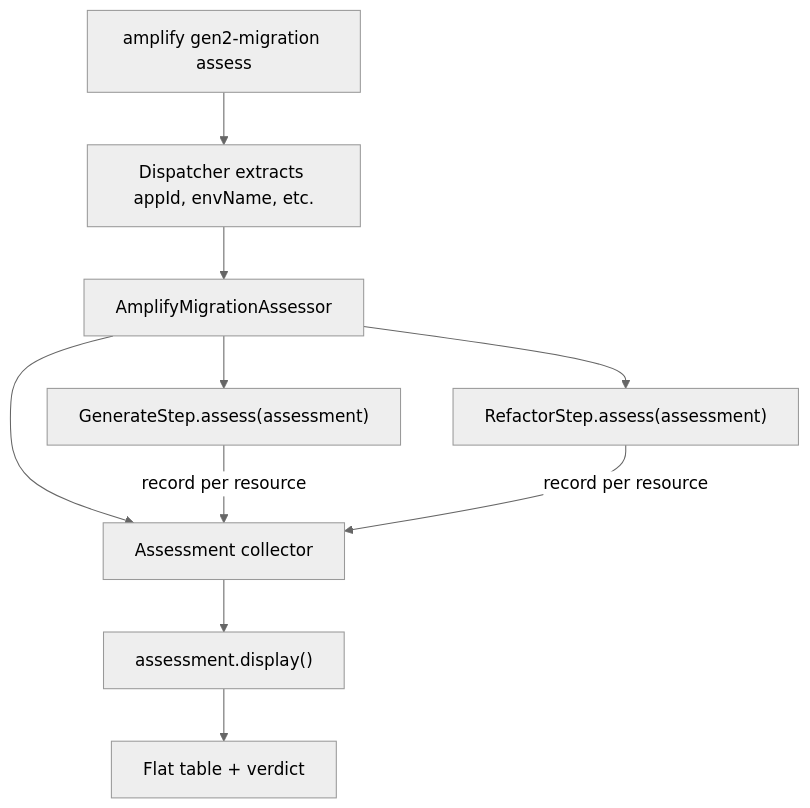
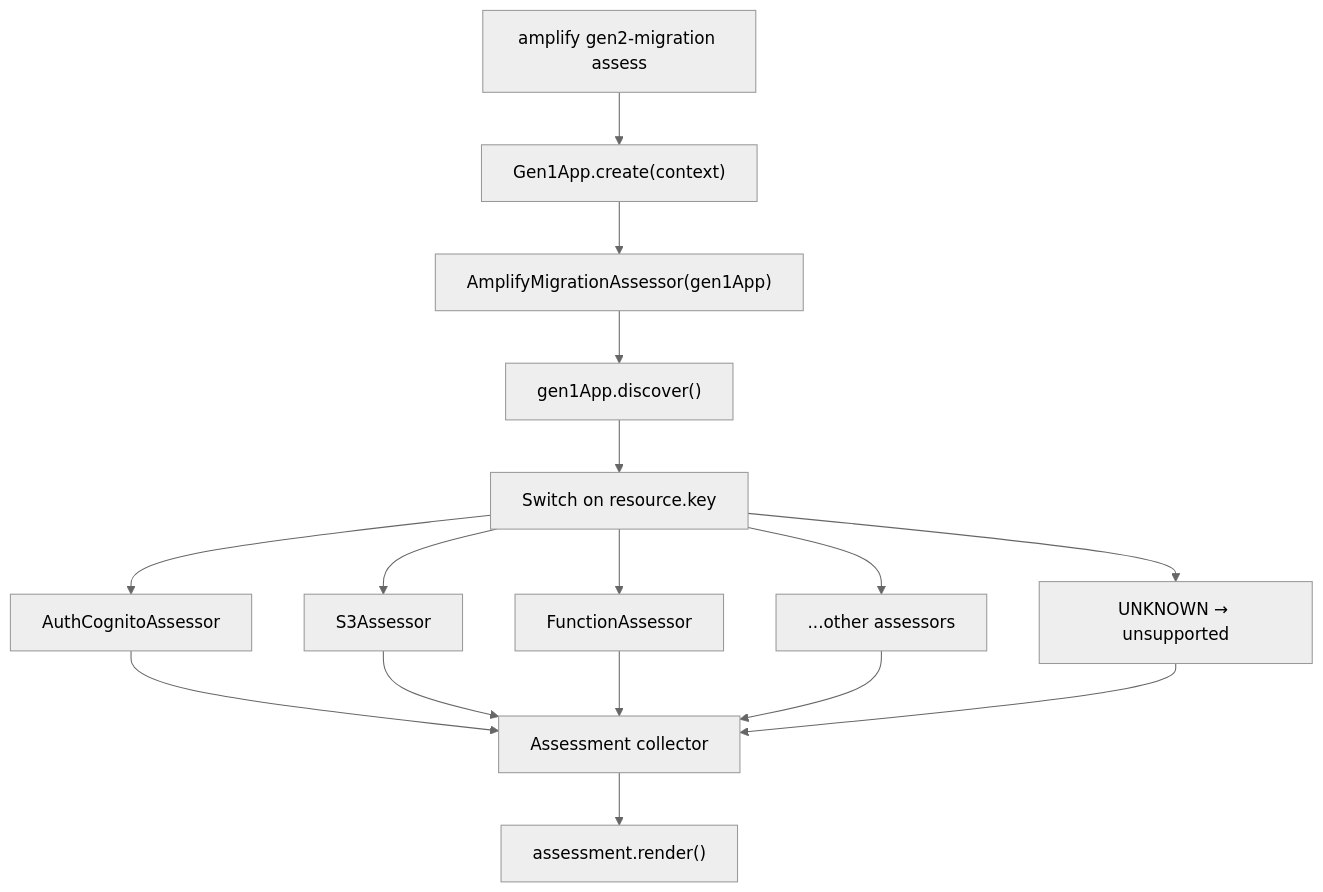
The diagram in docs/packages/amplify-cli/src/commands/gen2-migration/assess.md (aws-amplify/amplify-cli), drawn with Mermaid (neutral theme) before and after one commit. The commit also changed other lines of this file and 1 other file, not shown here.

First line of the commit message:
docs(cli-internal): update gen2-migration docs and add PR body

````diff
--- a/docs/packages/amplify-cli/src/commands/gen2-migration/assess.md
+++ b/docs/packages/amplify-cli/src/commands/gen2-migration/assess.md
@@ -19,12 +19,18 @@
 ```mermaid
 flowchart TD
-    CLI["amplify gen2-migration assess"] --> DISPATCH["Dispatcher extracts appId, envName, etc."]
-    DISPATCH --> ASSESSOR["AmplifyMigrationAssessor"]
-    ASSESSOR --> ASSESSMENT["Assessment collector"]
-    ASSESSOR --> GEN["GenerateStep.assess(assessment)"]
-    ASSESSOR --> REF["RefactorStep.assess(assessment)"]
-    GEN -->|"record per resource"| ASSESSMENT
-    REF -->|"record per resource"| ASSESSMENT
-    ASSESSMENT --> DISPLAY["assessment.display()"]
-    DISPLAY --> TABLE["Flat table + verdict"]
+    CLI["amplify gen2-migration assess"] --> GEN1APP["Gen1App.create(context)"]
+    GEN1APP --> ASSESSOR["AmplifyMigrationAssessor(gen1App)"]
+    ASSESSOR --> DISCOVER["gen1App.discover()"]
+    DISCOVER --> SWITCH["Switch on resource.key"]
+    SWITCH --> AUTH["AuthCognitoAssessor"]
+    SWITCH --> S3["S3Assessor"]
+    SWITCH --> FUNC["FunctionAssessor"]
+    SWITCH --> OTHER["...other assessors"]
+    SWITCH --> UNKNOWN["UNKNOWN → unsupported"]
+    AUTH --> ASSESSMENT["Assessment collector"]
+    S3 --> ASSESSMENT
+    FUNC --> ASSESSMENT
+    OTHER --> ASSESSMENT
+    UNKNOWN --> ASSESSMENT
+    ASSESSMENT --> RENDER["assessment.render()"]
 ```
````
